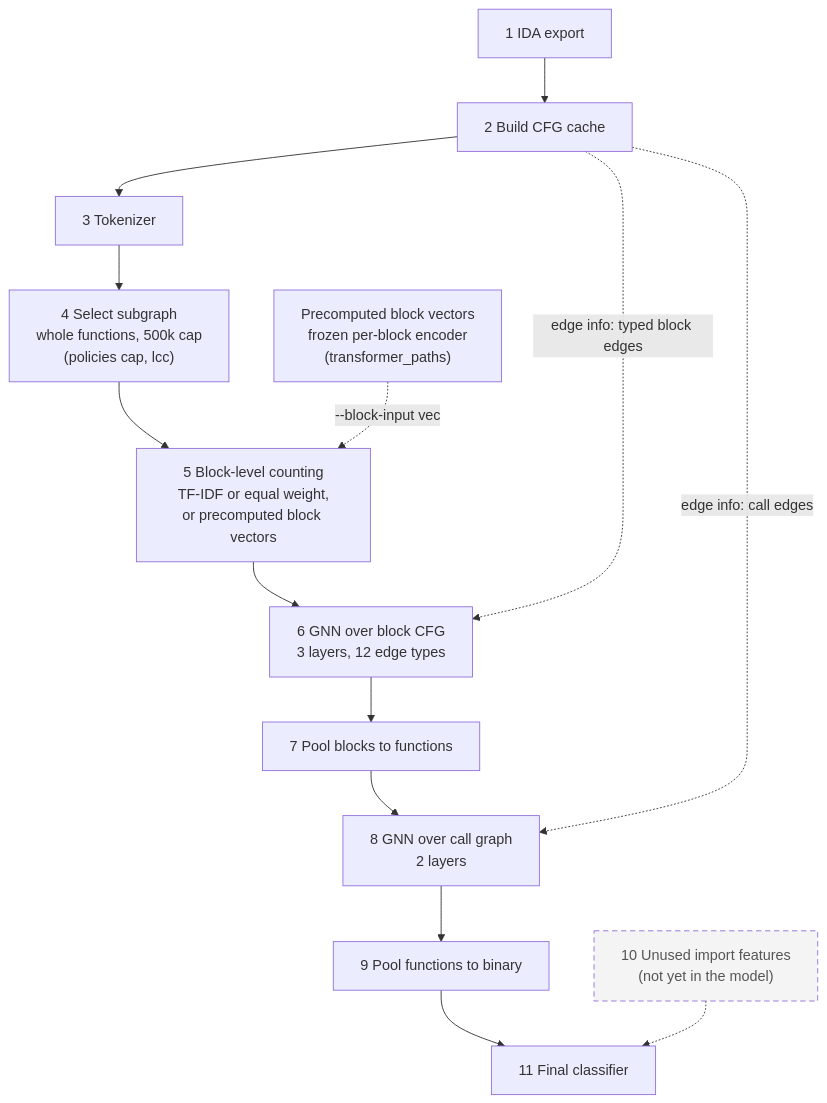
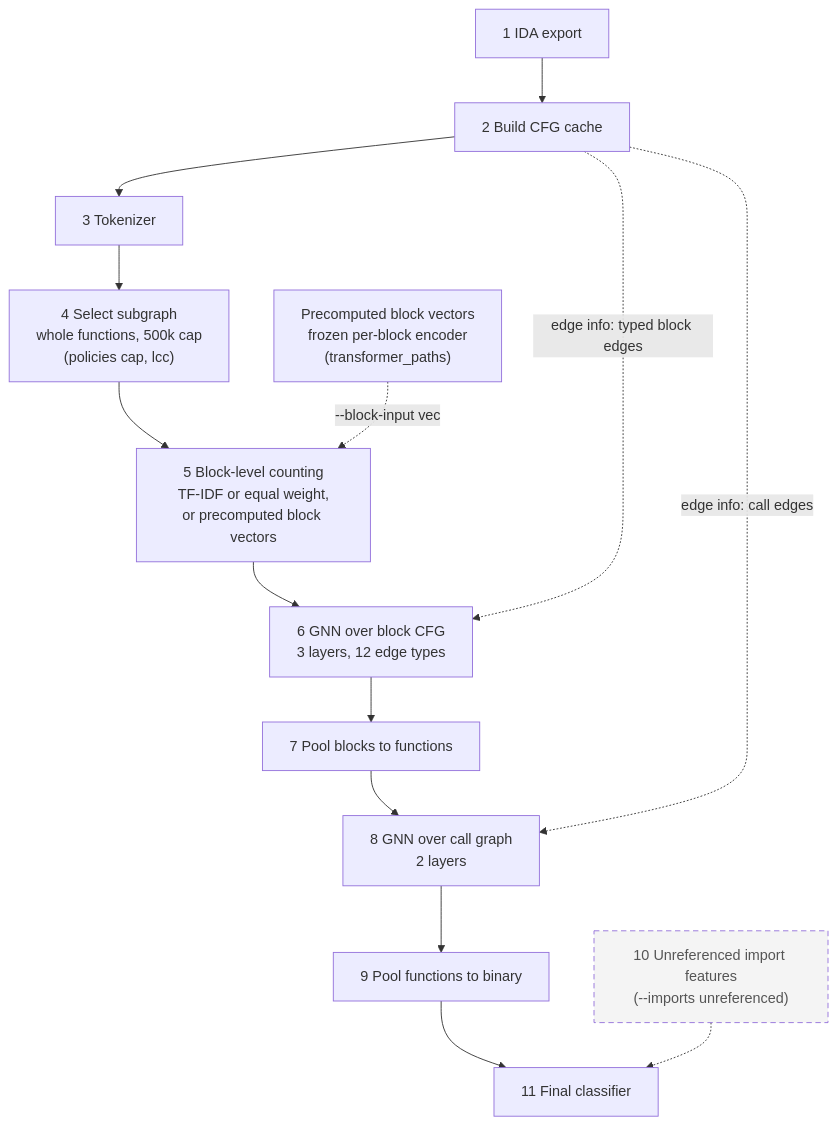
Before and after one commit to doroluo/ransomware-detection-masters-project: the diagram in CT_GAT/block_level_counting/README.md, drawn with Mermaid. The commit also changed other lines of this file and 33 other files, not shown here.

Commit message:
Step 14: reader side arrays, vocab yanping/hybrid, unreferenced-import feature, vocab and imports stages

````diff
--- a/CT_GAT/block_level_counting/README.md
+++ b/CT_GAT/block_level_counting/README.md
@@ -14,18 +16,18 @@
 ```mermaid
 flowchart TD
     S1["1 IDA export"] --> S2["2 Build CFG cache"]
     S2 --> S3["3 Tokenizer"]
     S3 --> S4["4 Select subgraph<br/>whole functions, 500k cap<br/>(policies cap, lcc)"]
     S4 --> S5["5 Block-level counting<br/>TF-IDF or equal weight,<br/>or precomputed block vectors"]
     S5 --> S6["6 GNN over block CFG<br/>3 layers, 12 edge types"]
     S6 --> S7["7 Pool blocks to functions"]
     S7 --> S8["8 GNN over call graph<br/>2 layers"]
     S8 --> S9["9 Pool functions to binary"]
     S9 --> S11["11 Final classifier"]
-    S10["10 Unused import features<br/>(not yet in the model)"] -.-> S11
+    S10["10 Unreferenced import features<br/>(--imports unreferenced)"] -.-> S11
     S5V["Precomputed block vectors<br/>frozen per-block encoder<br/>(transformer_paths)"] -. "--block-input vec" .-> S5
     S2 -. "edge info: typed block edges" .-> S6
     S2 -. "edge info: call edges" .-> S8
-    classDef notyet stroke-dasharray: 6 4,fill:#f4f4f4,color:#555
-    class S10 notyet
+    classDef option stroke-dasharray: 6 4,fill:#f4f4f4,color:#555
+    class S10 option
 ```
````
